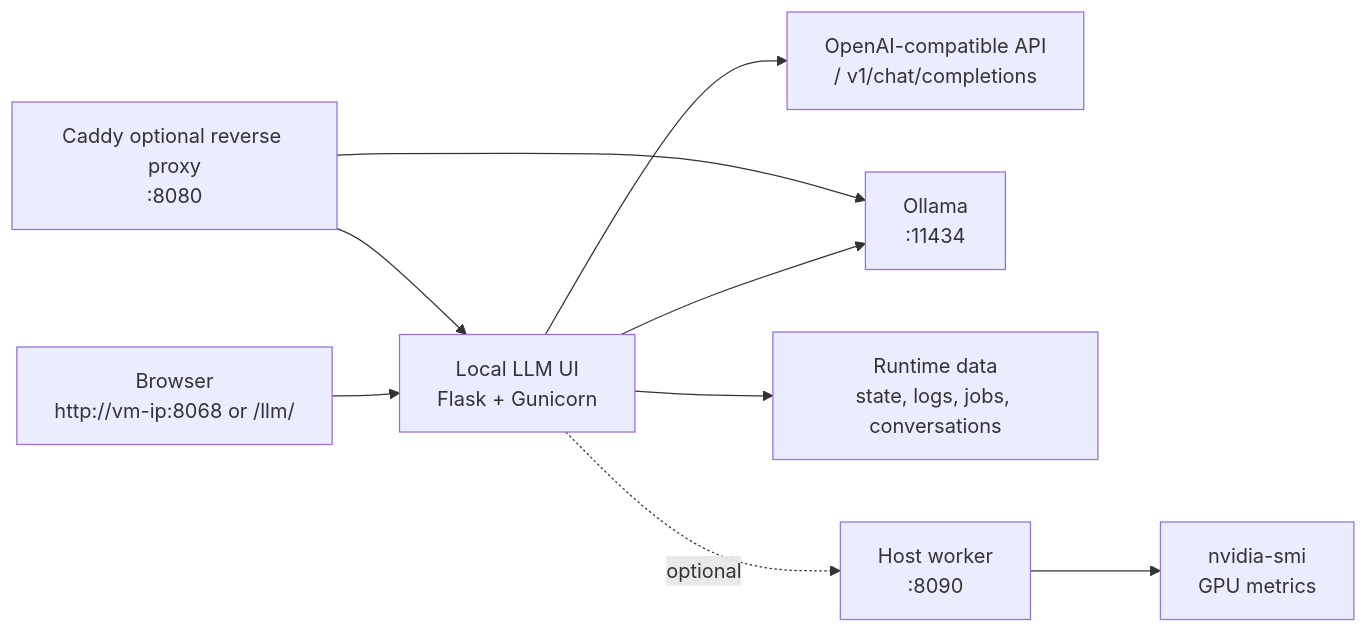
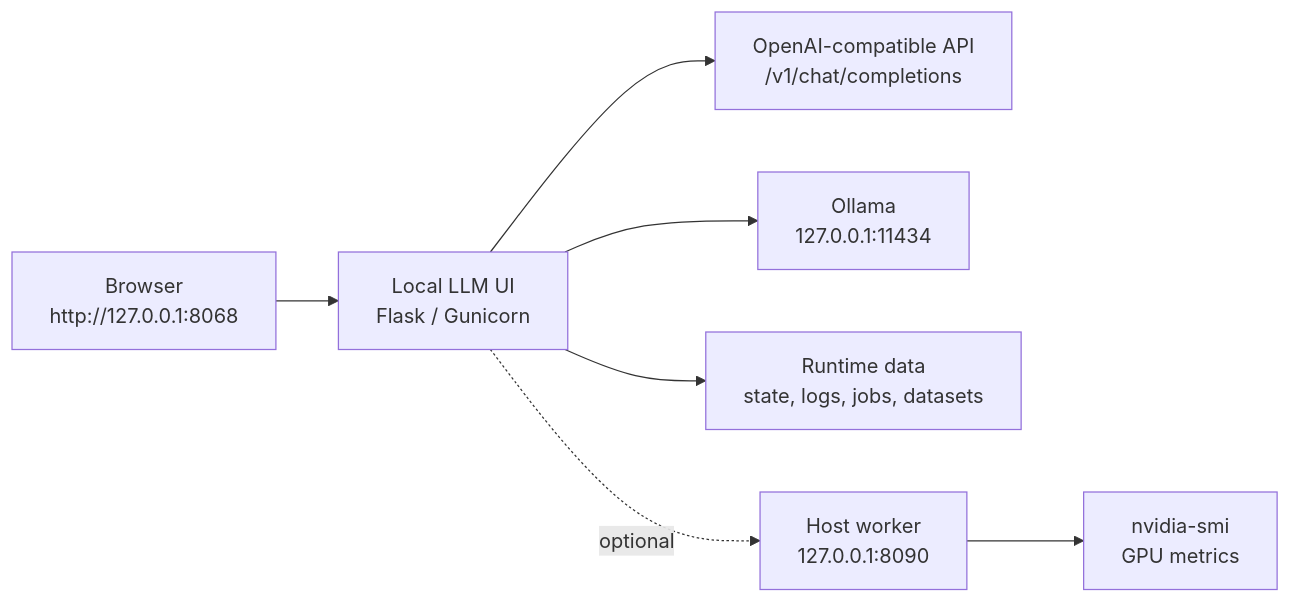
The first of 2 diagrams in README.md (gmode2020x-tim/local-llm-vm-console), drawn with Mermaid before and after one commit. The commit also changed other lines of this file and 19 other files, not shown here.

Commit message:
Convert package to native local LLM setup

````diff
--- a/README.md
+++ b/README.md
@@ -51,11 +60,9 @@
 ```mermaid
 flowchart LR
-  browser["Browser\nhttp://vm-ip:8068 or /llm/"] --> ui["Local LLM UI\nFlask + Gunicorn"]
-  ui --> openai["OpenAI-compatible API\n/ v1/chat/completions"]
-  ui --> ollama["Ollama\n:11434"]
-  ui --> data["Runtime data\nstate, logs, jobs, conversations"]
-  ui -. optional .-> worker["Host worker\n:8090"]
+  browser["Browser\nhttp://127.0.0.1:8068"] --> ui["Local LLM UI\nFlask / Gunicorn"]
+  ui --> openai["OpenAI-compatible API\n/v1/chat/completions"]
+  ui --> ollama["Ollama\n127.0.0.1:11434"]
+  ui --> data["Runtime data\nstate, logs, jobs, datasets"]
+  ui -. optional .-> worker["Host worker\n127.0.0.1:8090"]
   worker --> nvidia["nvidia-smi\nGPU metrics"]
-  caddy["Caddy optional reverse proxy\n:8080"] --> ui
-  caddy --> ollama
 ```
````
